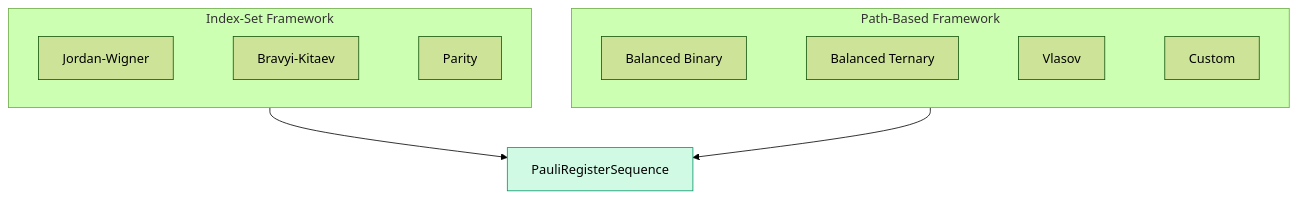
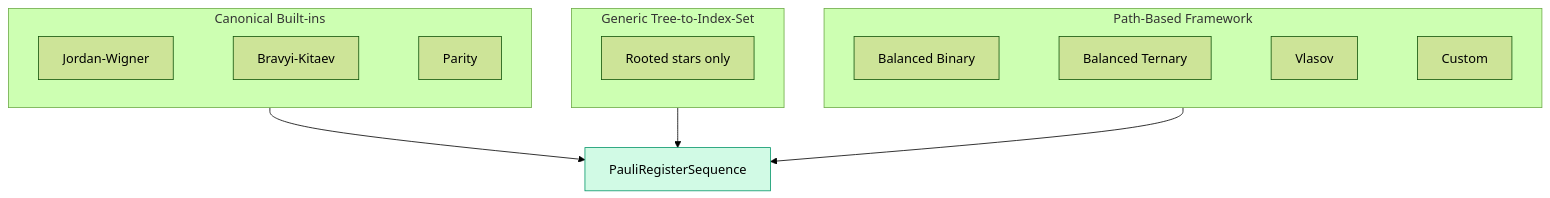
One commit to johnazariah/encodings-book changed the diagram in manuscript/07-six-encodings.md. Above: the diagram before and after it, drawn with Mermaid (forest theme). The commit also changed other lines of this file and 81 other files, not shown here.

````diff
--- a/manuscript/07-six-encodings.md
+++ b/manuscript/07-six-encodings.md
@@ -127,16 +139,21 @@
 ```mermaid
 flowchart TD
-    subgraph ISF["Index-Set Framework"]
+    subgraph BUILTIN["Canonical Built-ins"]
         direction LR
         JW["Jordan-Wigner"] ~~~ BK["Bravyi-Kitaev"] ~~~ PAR["Parity"]
+    end
+
+    subgraph GENERIC["Generic Tree-to-Index-Set"]
+        STAR["Rooted stars only"]
     end
 
     subgraph PBF["Path-Based Framework"]
         direction LR
         BBT["Balanced Binary"] ~~~ BTT["Balanced Ternary"] ~~~ VLT["Vlasov"] ~~~ CT["Custom"]
     end
 
-    ISF --> PS["PauliRegisterSequence"]
+    BUILTIN --> PS["PauliRegisterSequence"]
+    GENERIC --> PS
     PBF --> PS
     style PS fill:#d1fae5,stroke:#059669
 ```
````
